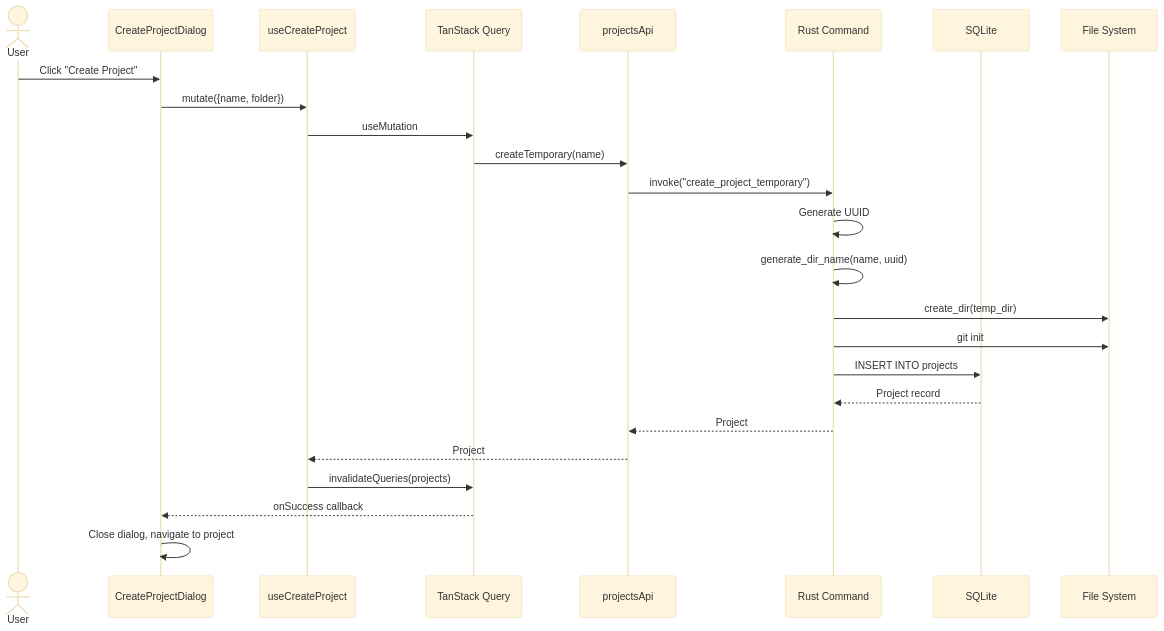
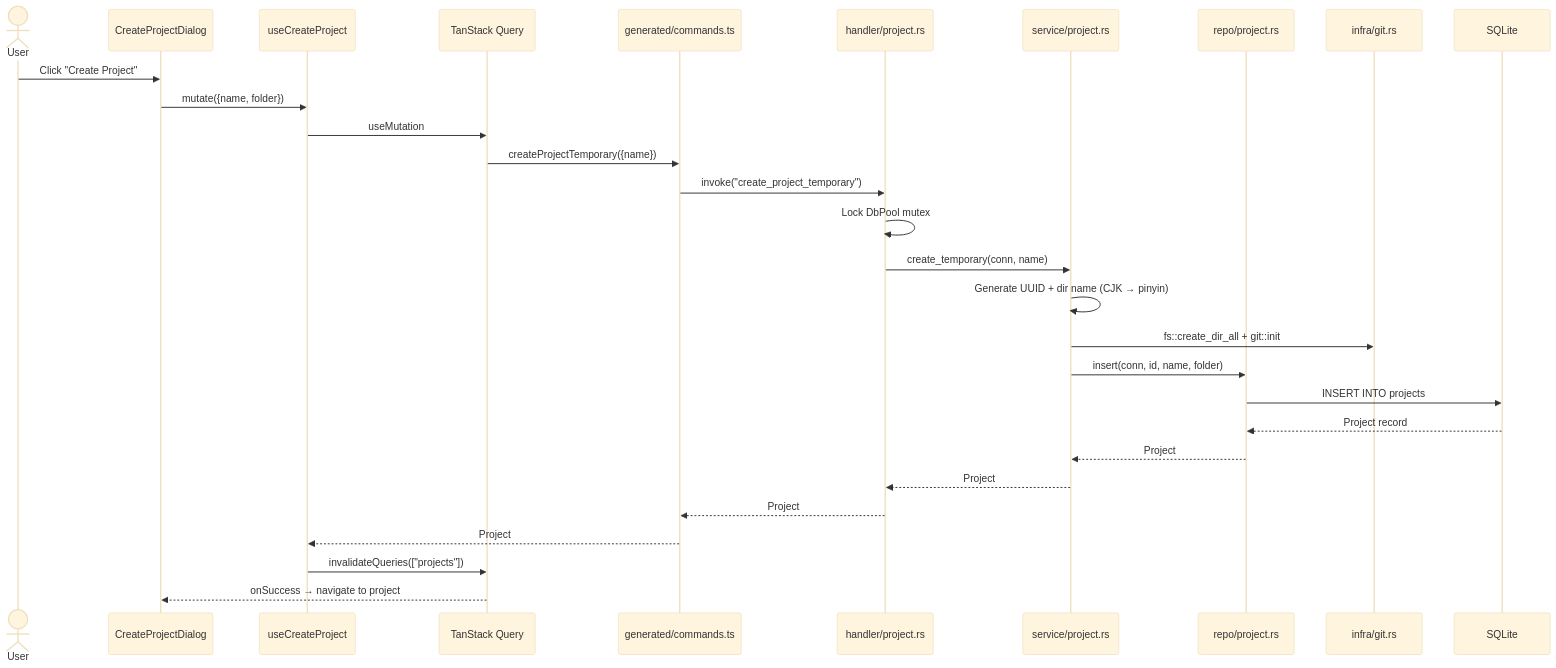
The first of 5 diagrams in docs/data-flow.md (AkaraChen/2code), drawn with Mermaid (base theme) before and after one commit. The commit also changed other lines of this file and 5 other files, not shown here.

First line of the commit message:
docs: update CLAUDE.md and regenerate architecture docs

````diff
--- a/docs/data-flow.md
+++ b/docs/data-flow.md
@@ -11,31 +11,34 @@
 ```mermaid
 sequenceDiagram
     actor User
     participant UI as CreateProjectDialog
     participant Hook as useCreateProject
     participant TQ as TanStack Query
-    participant API as projectsApi
-    participant Rust as Rust Command
+    participant Gen as generated/commands.ts
+    participant Handler as handler/project.rs
+    participant Service as service/project.rs
+    participant Repo as repo/project.rs
+    participant Infra as infra/git.rs
     participant DB as SQLite
-    participant FS as File System
 
     User->>UI: Click "Create Project"
     UI->>Hook: mutate({name, folder})
     Hook->>TQ: useMutation
-    TQ->>API: createTemporary(name)
-    API->>Rust: invoke("create_project_temporary")
+    TQ->>Gen: createProjectTemporary({name})
+    Gen->>Handler: invoke("create_project_temporary")
 
-    Rust->>Rust: Generate UUID
-    Rust->>Rust: generate_dir_name(name, uuid)
-    Rust->>FS: create_dir(temp_dir)
-    Rust->>FS: git init
+    Handler->>Handler: Lock DbPool mutex
+    Handler->>Service: create_temporary(conn, name)
+    Service->>Service: Generate UUID + dir name (CJK → pinyin)
+    Service->>Infra: fs::create_dir_all + git::init
+    Service->>Repo: insert(conn, id, name, folder)
+    Repo->>DB: INSERT INTO projects
+    DB-->>Repo: Project record
 
-    Rust->>DB: INSERT INTO projects
-    DB-->>Rust: Project record
-
-    Rust-->>API: Project
-    API-->>Hook: Project
-    Hook->>TQ: invalidateQueries(projects)
-    TQ-->>UI: onSuccess callback
-    UI->>UI: Close dialog, navigate to project
+    Repo-->>Service: Project
+    Service-->>Handler: Project
+    Handler-->>Gen: Project
+    Gen-->>Hook: Project
+    Hook->>TQ: invalidateQueries(["projects"])
+    TQ-->>UI: onSuccess → navigate to project
 ```
````
